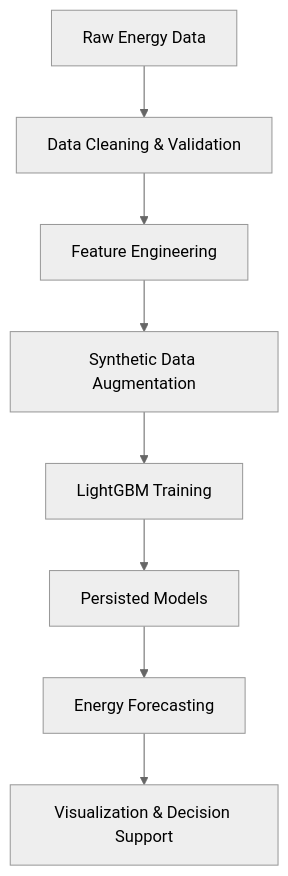
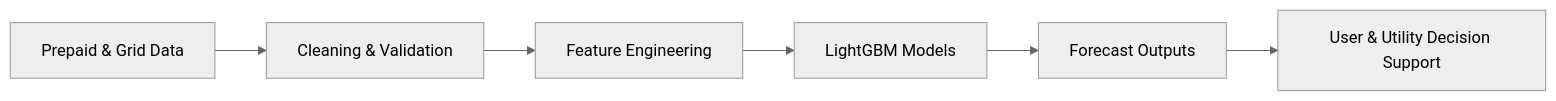
Before and after one commit to kupakwash/Smart-Energy-Management-Sysytem: the second of 4 diagrams in README.md, drawn with Mermaid (neutral theme). The commit also changed other lines of this file, not shown here.

Commit message:
Expand README with detailed SEMS research architecture, methodology, and diagrams

````diff
--- a/README.md
+++ b/README.md
@@ -73,10 +74,8 @@
 ```mermaid
-flowchart TD
-    A[Raw Energy Data] --> B[Data Cleaning & Validation]
+flowchart LR
+    A[Prepaid & Grid Data] --> B[Cleaning & Validation]
     B --> C[Feature Engineering]
-    C --> D[Synthetic Data Augmentation]
-    D --> E[LightGBM Training]
-    E --> F[Persisted Models]
-    F --> G[Energy Forecasting]
-    G --> H[Visualization & Decision Support]
+    C --> D[LightGBM Models]
+    D --> E[Forecast Outputs]
+    E --> F[User & Utility Decision Support]
 ```
````
